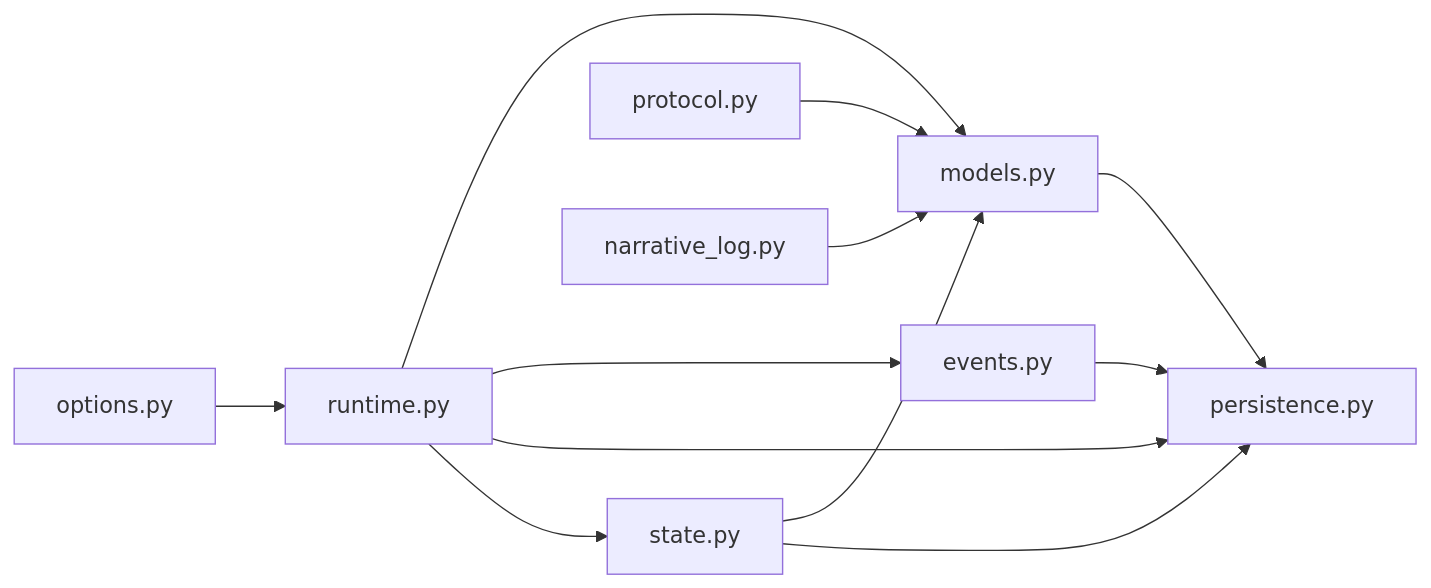
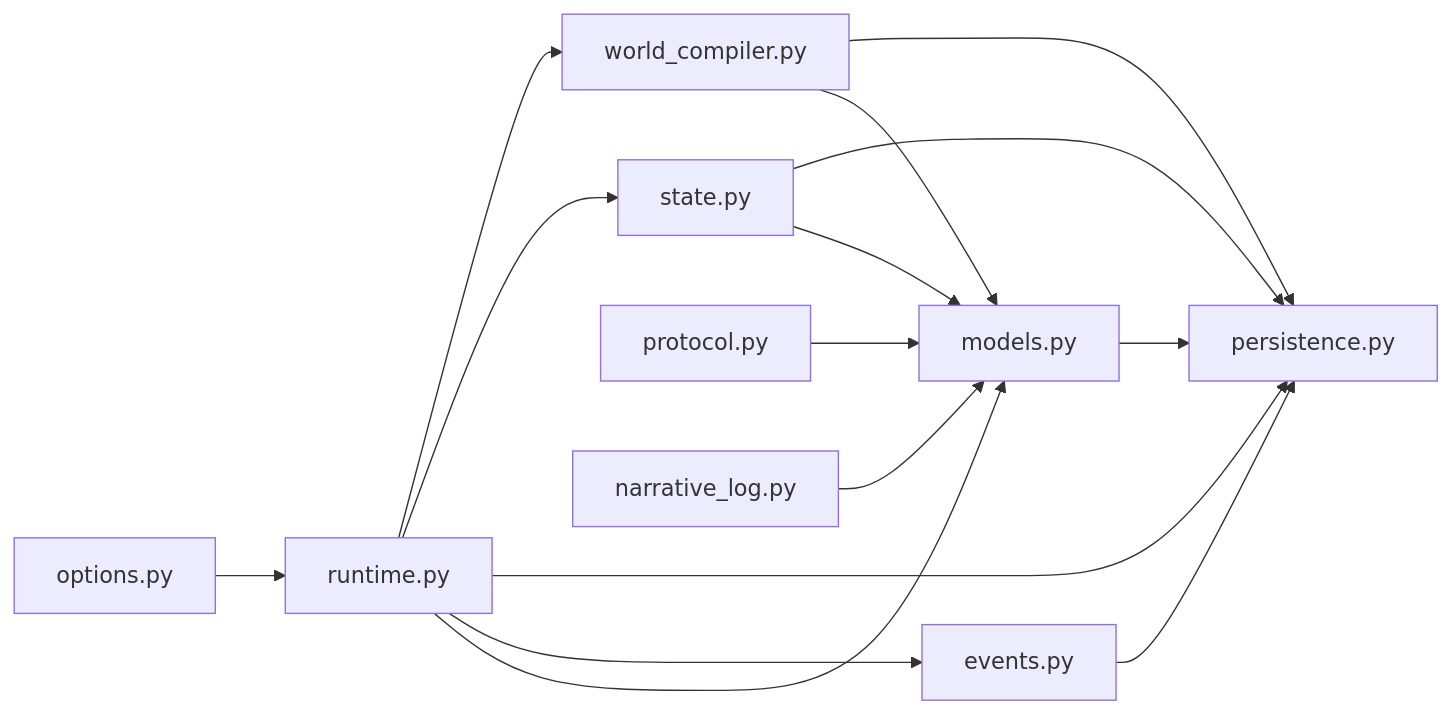
One commit to Ivandanslespace/thegreatnovel changed the seventh of 7 diagrams in .qoder/repowiki/zh/content/运行时系统/数据模型.md. Above: the diagram before and after it, drawn with Mermaid. The commit also changed other lines of this file and 64 other files, not shown here.

````diff
--- a/.qoder/repowiki/zh/content/运行时系统/数据模型.md
+++ b/.qoder/repowiki/zh/content/运行时系统/数据模型.md
@@ -383,14 +482,17 @@
 ```mermaid
 graph LR
 Models["models.py"] --> Persistence["persistence.py"]
 Events["events.py"] --> Persistence
 State["state.py"] --> Models
 State --> Persistence
 Runtime["runtime.py"] --> Models
 Runtime --> Events
 Runtime --> Persistence
 Runtime --> State
+Runtime --> WorldCompiler["world_compiler.py"]
 Protocol["protocol.py"] --> Models
 Options["options.py"] --> Runtime
 Narrative["narrative_log.py"] --> Models
+WorldCompiler --> Models
+WorldCompiler --> Persistence
 ```
````
